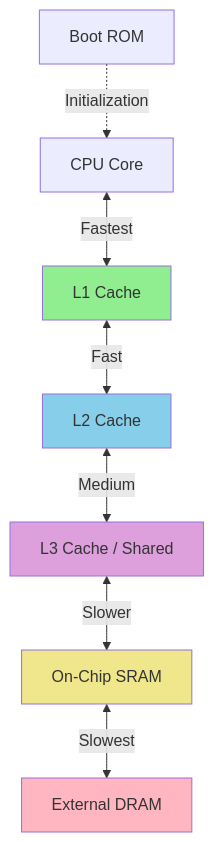
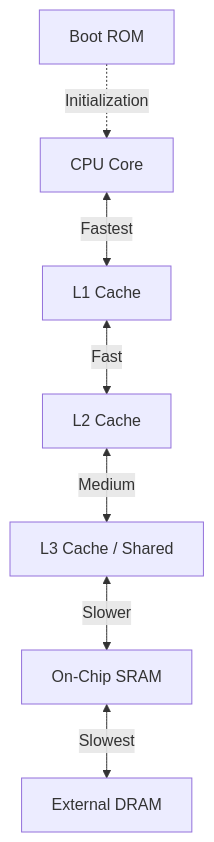
Before and after one commit to Ebiinesh/from-rtl-to-silicon-week-2: the fifth of 20 diagrams in Part1/README1.md, drawn with Mermaid.

````diff
--- a/Part1/README1.md
+++ b/Part1/README1.md
@@ -254,16 +254,11 @@
 ```mermaid
 graph TB
     CPU[CPU Core] <-->|Fastest| L1[L1 Cache]
     L1 <-->|Fast| L2[L2 Cache]
     L2 <-->|Medium| L3[L3 Cache / Shared]
     L3 <-->|Slower| SRAM[On-Chip SRAM]
     SRAM <-->|Slowest| DRAM[External DRAM]
     
     ROM[Boot ROM] -.Initialization.-> CPU
     
-    style L1 fill:#90EE90
-    style L2 fill:#87CEEB
-    style L3 fill:#DDA0DD
-    style SRAM fill:#F0E68C
-    style DRAM fill:#FFB6C1
 ```
````
